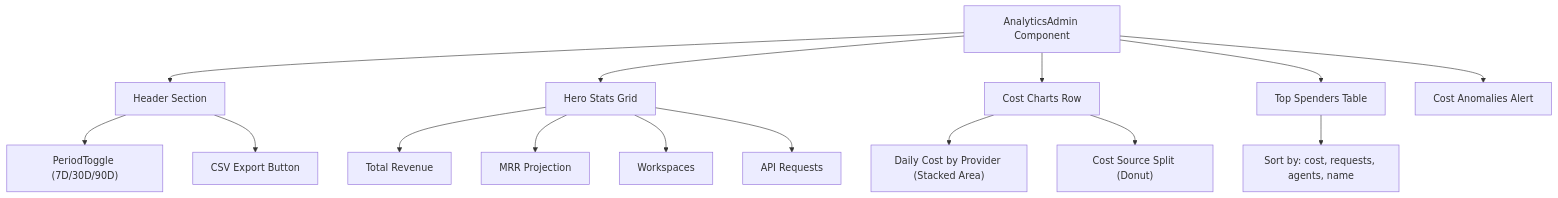
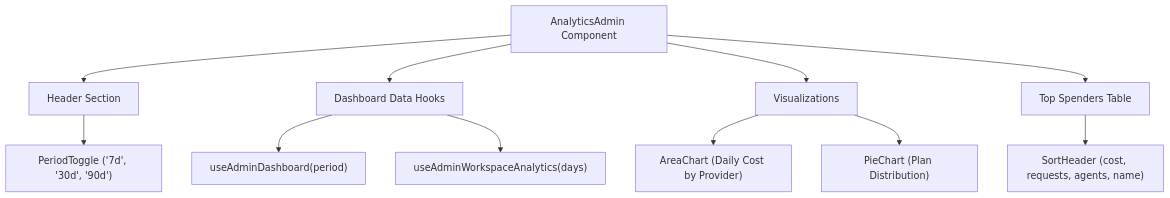
The second of 3 diagrams in docs/analytics-monitoring/admin-analytics.md (AutomatosAI/automatos-ai), drawn with Mermaid before and after one commit. The commit also changed other lines of this file and 153 other files, not shown here.

````diff
--- a/docs/analytics-monitoring/admin-analytics.md
+++ b/docs/analytics-monitoring/admin-analytics.md
@@ -89,23 +89,18 @@
 ```mermaid
 graph TB
     AdminTab["AnalyticsAdmin Component"]
     
     AdminTab --> Header["Header Section"]
-    Header --> PeriodToggle["PeriodToggle (7D/30D/90D)"]
-    Header --> ExportBtn["CSV Export Button"]
+    Header --> PeriodToggle["PeriodToggle ('7d', '30d', '90d')"]
     
-    AdminTab --> HeroStats["Hero Stats Grid"]
-    HeroStats --> TotalRevenue["Total Revenue"]
-    HeroStats --> MRRProjection["MRR Projection"]
-    HeroStats --> WorkspaceCount["Workspaces"]
-    HeroStats --> APIRequests["API Requests"]
+    AdminTab --> HeroStats["Dashboard Data Hooks"]
+    HeroStats --> DashData["useAdminDashboard(period)"]
+    HeroStats --> LegacyData["useAdminWorkspaceAnalytics(days)"]
     
-    AdminTab --> CostCharts["Cost Charts Row"]
-    CostCharts --> DailyProvider["Daily Cost by Provider (Stacked Area)"]
-    CostCharts --> BYOKSplit["Cost Source Split (Donut)"]
+    AdminTab --> CostCharts["Visualizations"]
+    CostCharts --> ProviderChart["AreaChart (Daily Cost by Provider)"]
+    CostCharts --> PlanChart["PieChart (Plan Distribution)"]
     
     AdminTab --> SpendersTable["Top Spenders Table"]
-    SpendersTable --> SortColumns["Sort by: cost, requests, agents, name"]
-    
-    AdminTab --> AnomaliesSection["Cost Anomalies Alert"]
+    SpendersTable --> SortHeaders["SortHeader (cost, requests, agents, name)"]
 ```
````
